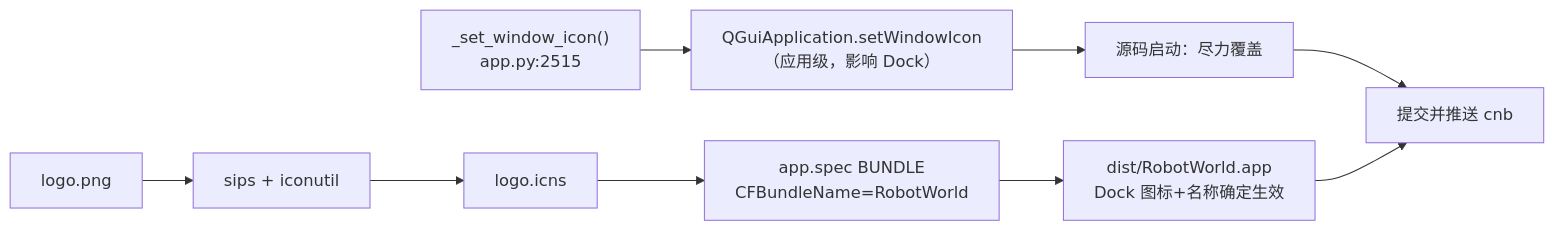
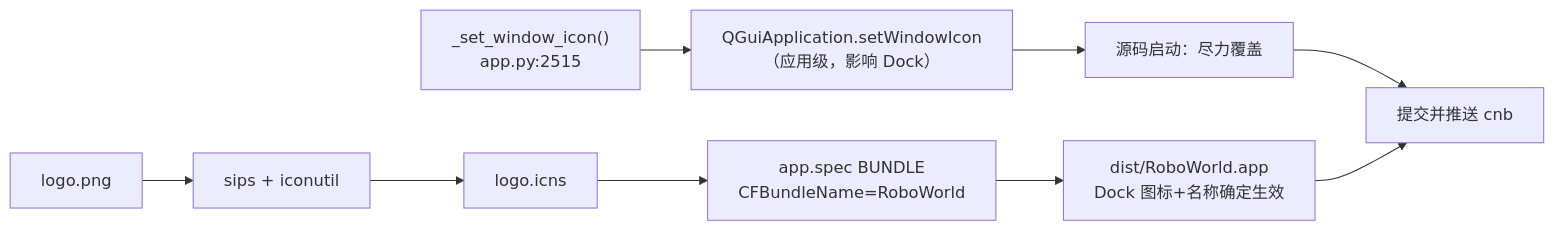
Before and after one commit to cModules/RoboWorld: the diagram in docs/develop/design/dock-icon-and-app-bundle.md, drawn with Mermaid. The commit also changed other lines of this file and 109 other files, not shown here.

Commit message:
chore: 项目更名为 RoboWorld 并同步仓库地址与文档

````diff
--- a/docs/develop/design/dock-icon-and-app-bundle.md
+++ b/docs/develop/design/dock-icon-and-app-bundle.md
@@ -87,11 +87,11 @@
 ```mermaid
 flowchart LR
     A["_set_window_icon()<br/>app.py:2515"] --> B["QGuiApplication.setWindowIcon<br/>（应用级，影响 Dock）"]
     C["logo.png"] --> D["sips + iconutil"]
     D --> E["logo.icns"]
-    E --> F["app.spec BUNDLE<br/>CFBundleName=RobotWorld"]
-    F --> G["dist/RobotWorld.app<br/>Dock 图标+名称确定生效"]
+    E --> F["app.spec BUNDLE<br/>CFBundleName=RoboWorld"]
+    F --> G["dist/RoboWorld.app<br/>Dock 图标+名称确定生效"]
     B --> H["源码启动：尽力覆盖"]
     H --> I["提交并推送 cnb"]
     G --> I
 ```
````
